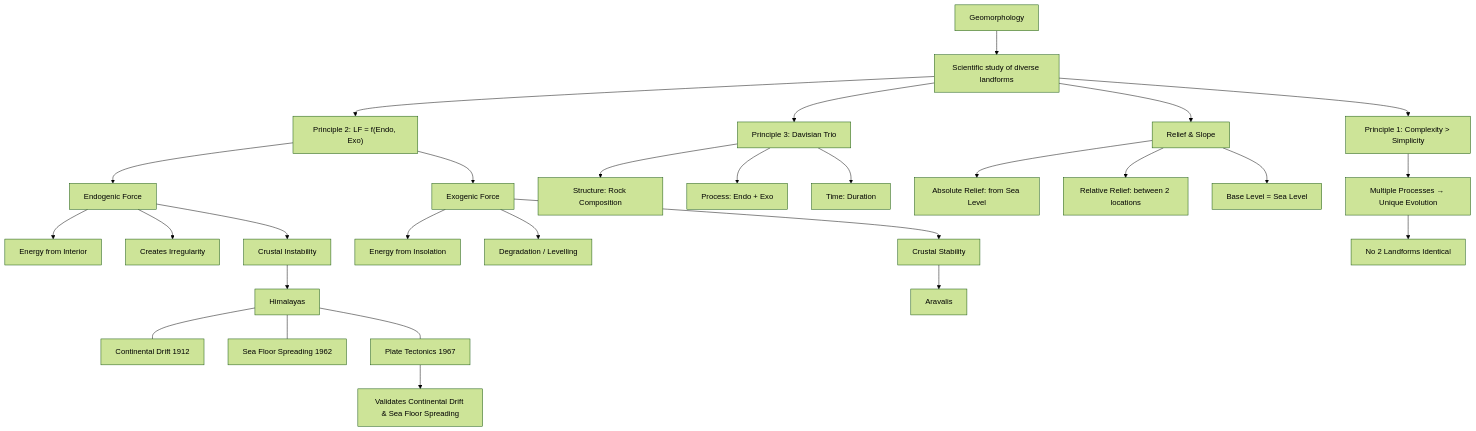
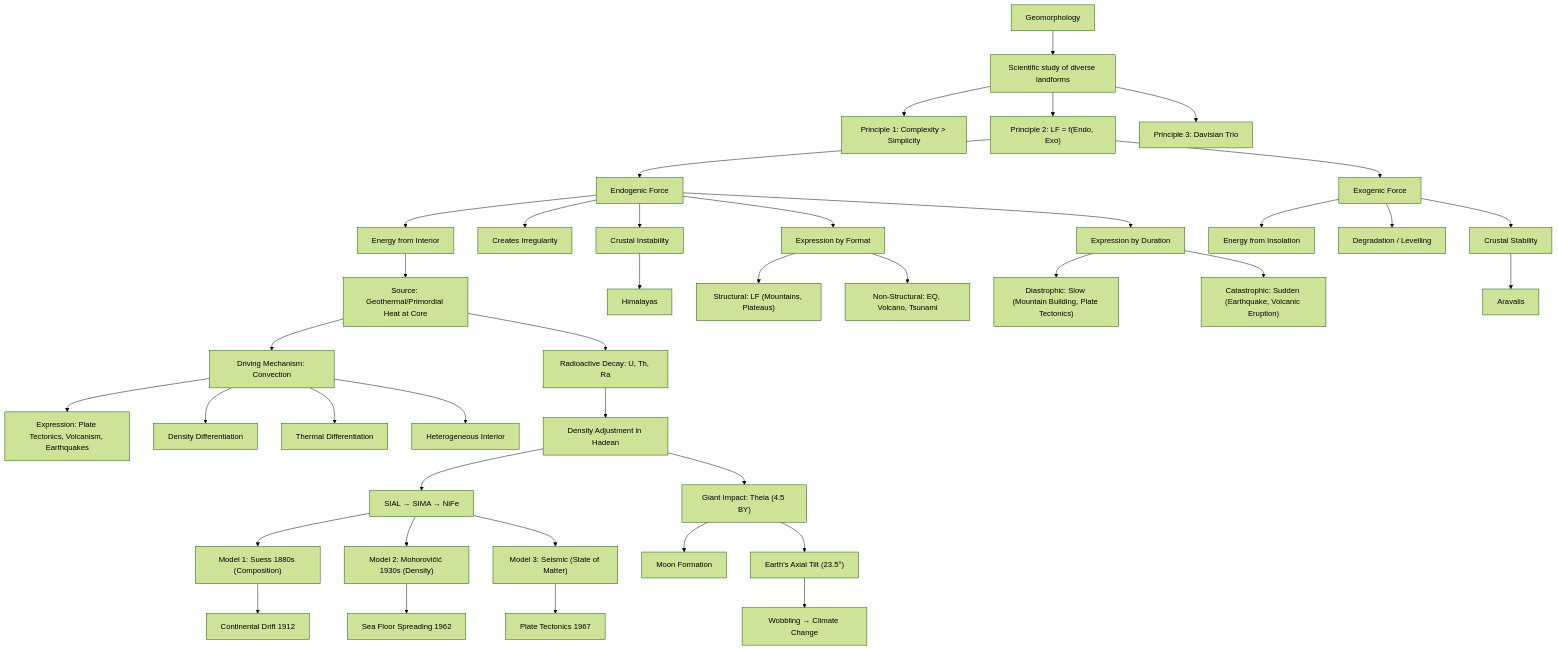
The diagram in GS_Geography_VR_Notes/02_Geomorphology.md (niteeshkumar17/vr_notes), drawn with Mermaid (forest theme) before and after one commit. The commit also changed other lines of this file and 3 other files, not shown here.

Commit message:
Add Geography Lec A2 — Endogenetic Forces, Earth Interior, Geological Time Scale

````diff
--- a/GS_Geography_VR_Notes/02_Geomorphology.md
+++ b/GS_Geography_VR_Notes/02_Geomorphology.md
@@ -326,37 +723,53 @@
 ```mermaid
 graph TD
     A["Geomorphology"] --> B["Scientific study of diverse landforms"]
     B --> C["Principle 1: Complexity > Simplicity"]
     B --> D["Principle 2: LF = f(Endo, Exo)"]
     B --> E["Principle 3: Davisian Trio"]
 
     D --> F["Endogenic Force"]
     D --> G["Exogenic Force"]
 
     F --> F1["Energy from Interior"]
     F --> F2["Creates Irregularity"]
     F --> F3["Crustal Instability"]
     F3 --> H["Himalayas"]
 
+    F --> EF["Expression by Format"]
+    EF --> EF1["Structural: LF (Mountains, Plateaus)"]
+    EF --> EF2["Non-Structural: EQ, Volcano, Tsunami"]
+
+    F --> ED["Expression by Duration"]
+    ED --> ED1["Diastrophic: Slow (Mountain Building, Plate Tectonics)"]
+    ED --> ED2["Catastrophic: Sudden (Earthquake, Volcanic Eruption)"]
+
     G --> G1["Energy from Insolation"]
     G --> G2["Degradation / Levelling"]
     G --> G3["Crustal Stability"]
     G3 --> I["Aravalis"]
 
-    E --> E1["Structure: Rock Composition"]
-    E --> E2["Process: Endo + Exo"]
-    E --> E3["Time: Duration"]
+    F1 --> SRC["Source: Geothermal/Primordial Heat at Core"]
+    SRC --> DM["Driving Mechanism: Convection"]
+    DM --> EXP["Expression: Plate Tectonics, Volcanism, Earthquakes"]
 
-    B --> J["Relief & Slope"]
-    J --> J1["Absolute Relief: from Sea Level"]
-    J --> J2["Relative Relief: between 2 locations"]
-    J --> J3["Base Level = Sea Level"]
+    SRC --> RA["Radioactive Decay: U, Th, Ra"]
+    RA --> DA["Density Adjustment in Hadean"]
+    DA --> LAYERS["SIAL → SIMA → NiFe"]
 
-    C --> K["Multiple Processes → Unique Evolution"]
-    K --> L["No 2 Landforms Identical"]
+    DM --> DD["Density Differentiation"]
+    DM --> TD["Thermal Differentiation"]
+    DM --> HET["Heterogeneous Interior"]
 
-    H --- M["Continental Drift 1912"]
-    H --- N["Sea Floor Spreading 1962"]
-    H --- O["Plate Tectonics 1967"]
-    O --> P["Validates Continental Drift & Sea Floor Spreading"]
+    LAYERS --> M1["Model 1: Suess 1880s (Composition)"]
+    LAYERS --> M2["Model 2: Mohorovičić 1930s (Density)"]
+    LAYERS --> M3["Model 3: Seismic (State of Matter)"]
+
+    M1 --> CD["Continental Drift 1912"]
+    M2 --> SFS["Sea Floor Spreading 1962"]
+    M3 --> PT["Plate Tectonics 1967"]
+
+    DA --> GI["Giant Impact: Theia (4.5 BY)"]
+    GI --> MOON["Moon Formation"]
+    GI --> TILT["Earth's Axial Tilt (23.5°)"]
+    TILT --> WOB["Wobbling → Climate Change"]
 ```
````
